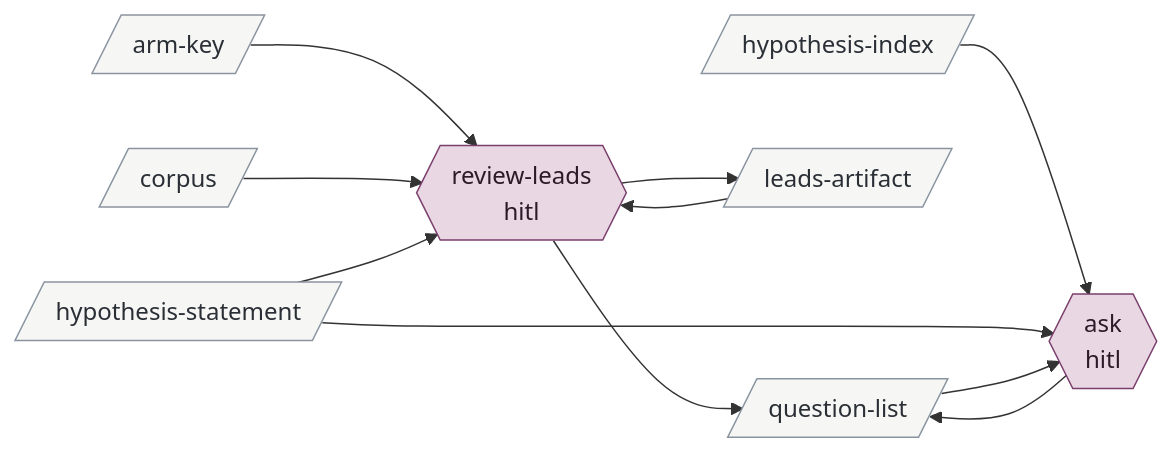
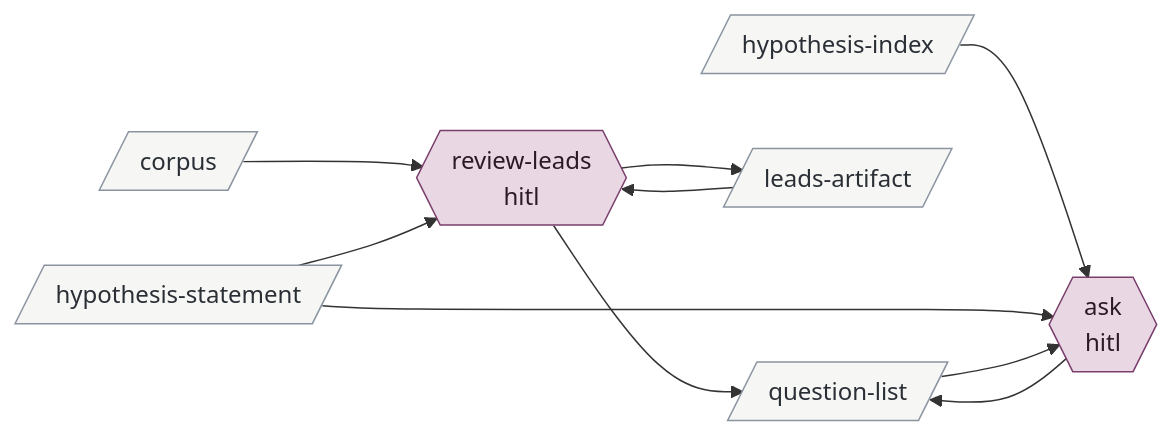
One commit to bc414/StoryPlanner changed the tenth of 15 diagrams in .claude/skills/v3-buildout-2/map.md. Above: the diagram before and after it, drawn with Mermaid. The commit also changed other lines of this file and 29 other files, not shown here.

````diff
--- a/.claude/skills/v3-buildout-2/map.md
+++ b/.claude/skills/v3-buildout-2/map.md
@@ -426,28 +402,26 @@
 ```mermaid
 flowchart LR
   classDef hitl fill:#e9d8e4,stroke:#7a3e6d,color:#2b1a27
   classDef session fill:#dce6f0,stroke:#3b5b7c,color:#14202c
   classDef agent fill:#f5e6c8,stroke:#b7791f,color:#3a2a08
   classDef artifact fill:#f6f6f4,stroke:#8a94a0,color:#2a2f36
   classDef activity fill:#dcebdd,stroke:#4b7f52,color:#122816
   classDef terminus fill:#e4e4ea,stroke:#5b5b7a,color:#1c1c2c
   reviewleads{{"review-leads<br/>hitl"}}:::hitl
   ask{{"ask<br/>hitl"}}:::hitl
-  armkey[/"arm-key"/]:::artifact
   corpus[/"corpus"/]:::artifact
   hypothesisindex[/"hypothesis-index"/]:::artifact
   hypothesisstatement[/"hypothesis-statement"/]:::artifact
   leadsartifact[/"leads-artifact"/]:::artifact
   questionlist[/"question-list"/]:::artifact
 
   leadsartifact --> reviewleads
-  armkey --> reviewleads
   corpus --> reviewleads
   hypothesisstatement --> reviewleads
   reviewleads --> leadsartifact
   reviewleads --> questionlist
   hypothesisindex --> ask
   hypothesisstatement --> ask
   questionlist --> ask
   ask --> questionlist
 ```
````
